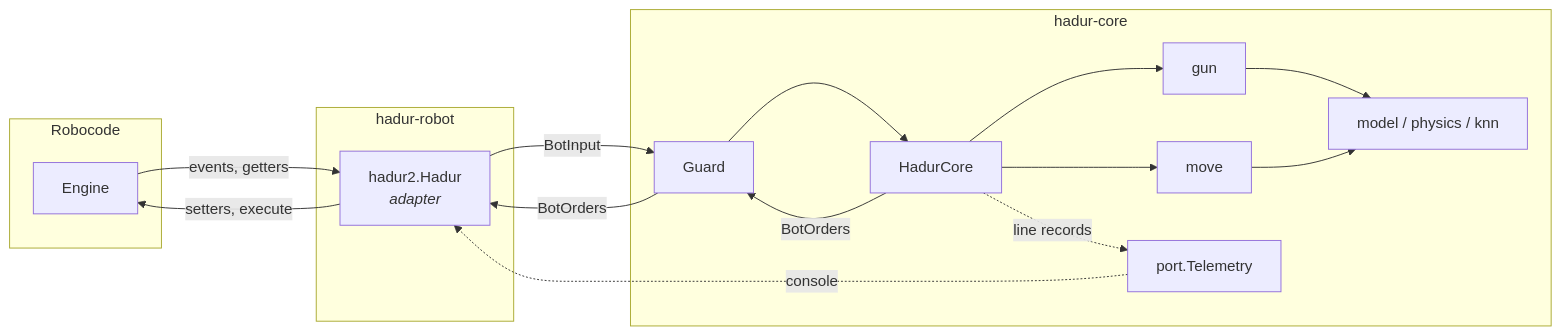
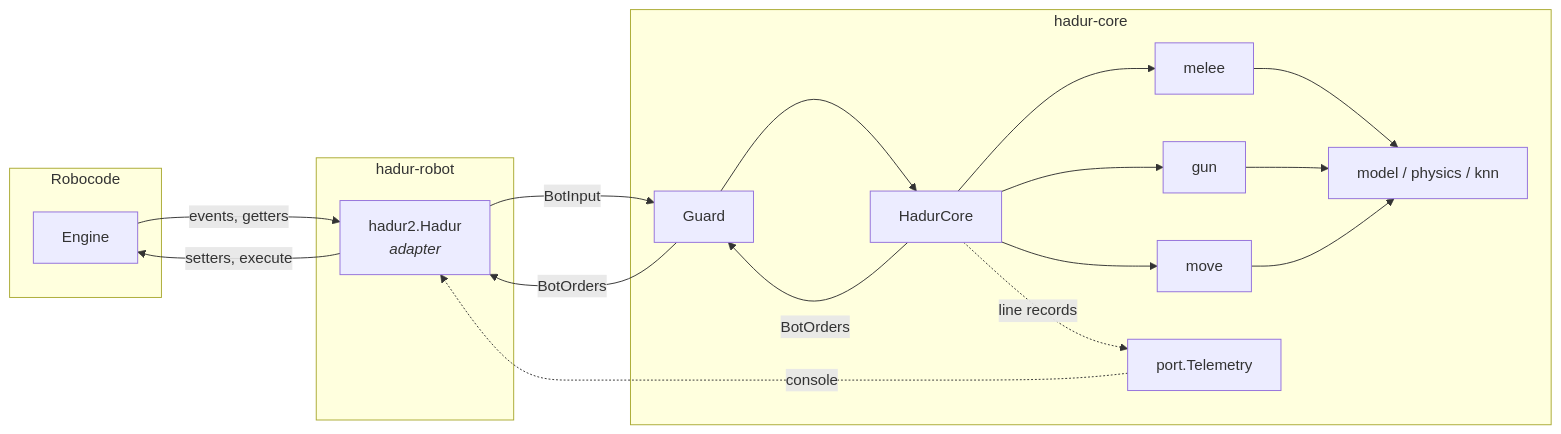
One commit to lgriffin/Hadur_Robot changed the diagram in docs/architecture.md. Above: the diagram before and after it, drawn with Mermaid. The commit also changed other lines of this file and 52 other files, not shown here.

````diff
--- a/docs/architecture.md
+++ b/docs/architecture.md
@@ -7,27 +7,30 @@
 ```mermaid
 graph LR
     subgraph Robocode
         E[Engine]
     end
     subgraph hadur-robot
         A[hadur2.Hadur<br><i>adapter</i>]
     end
     subgraph hadur-core
         G[Guard]
         C[HadurCore]
         GC[gun]
         MC[move]
+        ML[melee]
         M[model / physics / knn]
         T[port.Telemetry]
     end
     E -- events, getters --> A
     A -- BotInput --> G
     G --> C
     C --> GC & MC
+    C --> ML
+    ML --> M
     GC & MC --> M
     C -- BotOrders --> G
     G -- BotOrders --> A
     A -- setters, execute --> E
     C -. line records .-> T
     T -. console .-> A
 ```
````
